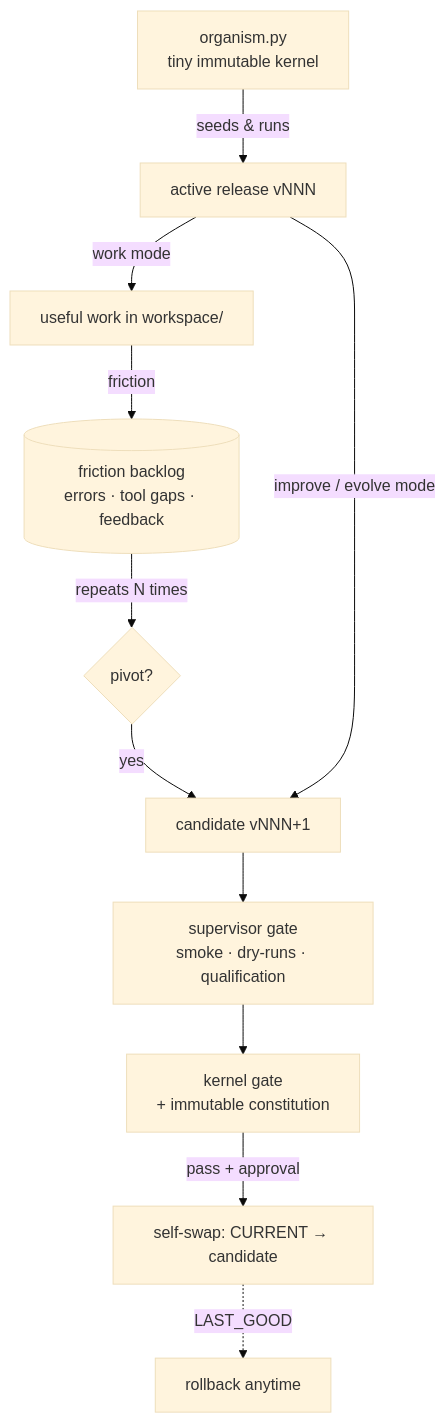
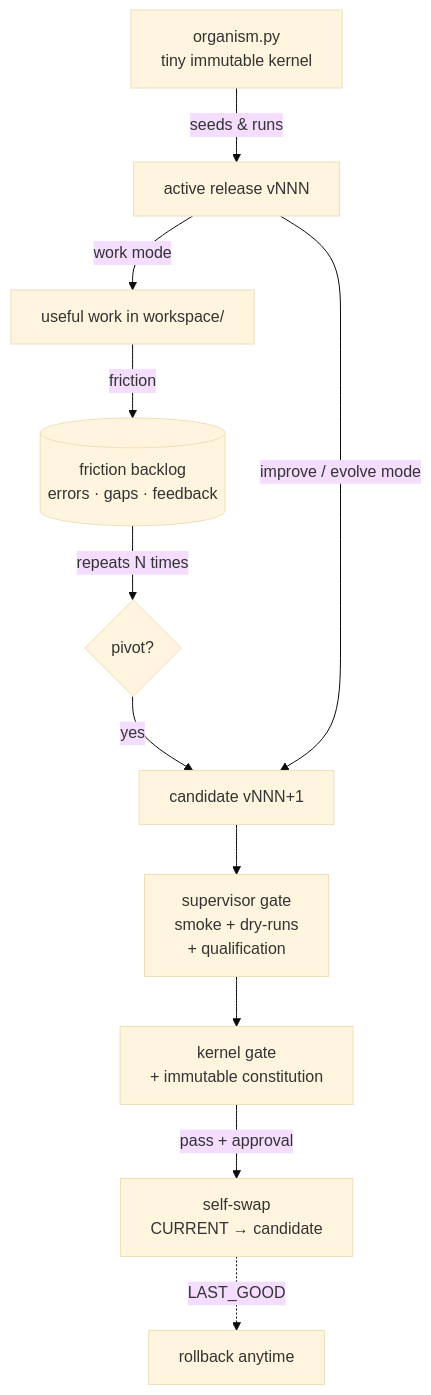
The diagram in README.md (arturkorb3/eva-evolutional-agent), drawn with Mermaid (base theme) before and after one commit.

Commit message:
docs: wrap long mermaid node labels to prevent clipping

````diff
--- a/README.md
+++ b/README.md
@@ -76,13 +76,13 @@
 ```mermaid
 flowchart TD
     K["organism.py<br/>tiny immutable kernel"] -->|seeds & runs| R["active release vNNN"]
     R -->|work mode| W["useful work in workspace/"]
-    W -->|friction| B[("friction backlog<br/>errors · tool gaps · feedback")]
+    W -->|friction| B[("friction backlog<br/>errors · gaps · feedback")]
     B -->|repeats N times| P{"pivot?"}
     P -->|yes| C["candidate vNNN+1"]
     R -->|improve / evolve mode| C
-    C --> SG["supervisor gate<br/>smoke · dry-runs · qualification"]
+    C --> SG["supervisor gate<br/>smoke + dry-runs<br/>+ qualification"]
     SG --> KG["kernel gate<br/>+ immutable constitution"]
-    KG -->|pass + approval| SW["self-swap: CURRENT → candidate"]
+    KG -->|pass + approval| SW["self-swap<br/>CURRENT → candidate"]
     SW -.->|LAST_GOOD| RB["rollback anytime"]
 ```
````
